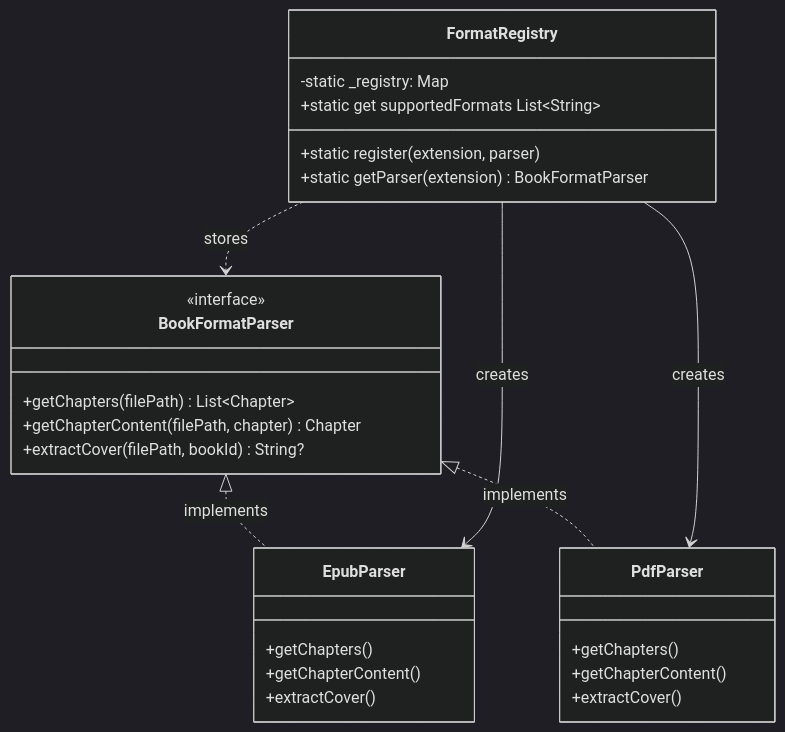
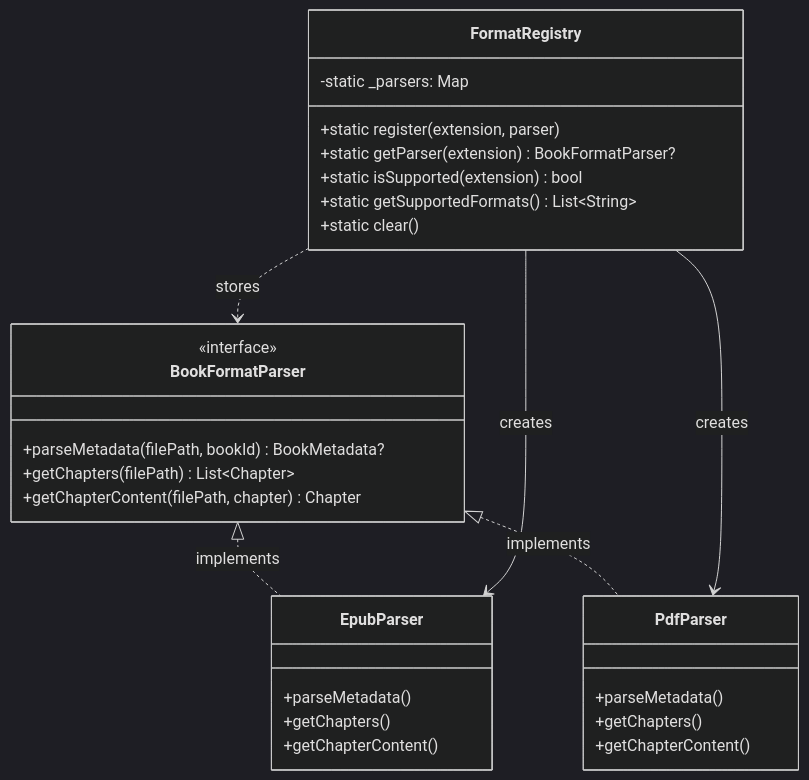
One commit to jjzhang2000/zhidu changed the tenth of 11 diagrams in docs/function_call_relationships_visual.md. Above: the diagram before and after it, drawn with Mermaid (dark theme). The commit also changed other lines of this file and 43 other files, not shown here.

````diff
--- a/docs/function_call_relationships_visual.md
+++ b/docs/function_call_relationships_visual.md
@@ -484,34 +459,36 @@
 ```mermaid
 classDiagram
     class BookFormatParser {
         <<interface>>
+        +parseMetadata(filePath, bookId) BookMetadata?
         +getChapters(filePath) List~Chapter~
         +getChapterContent(filePath, chapter) Chapter
-        +extractCover(filePath, bookId) String?
     }
 
     class EpubParser {
+        +parseMetadata()
         +getChapters()
         +getChapterContent()
-        +extractCover()
     }
 
     class PdfParser {
+        +parseMetadata()
         +getChapters()
         +getChapterContent()
-        +extractCover()
     }
 
     class FormatRegistry {
-        -static _registry: Map
+        -static _parsers: Map
         +static register(extension, parser)
-        +static getParser(extension) BookFormatParser
-        +static get supportedFormats List~String~
+        +static getParser(extension) BookFormatParser?
+        +static isSupported(extension) bool
+        +static getSupportedFormats() List~String~
+        +static clear()
     }
 
     BookFormatParser <|.. EpubParser : implements
     BookFormatParser <|.. PdfParser : implements
     FormatRegistry ..> BookFormatParser : stores
     FormatRegistry --> EpubParser : creates
     FormatRegistry --> PdfParser : creates
 ```
````
